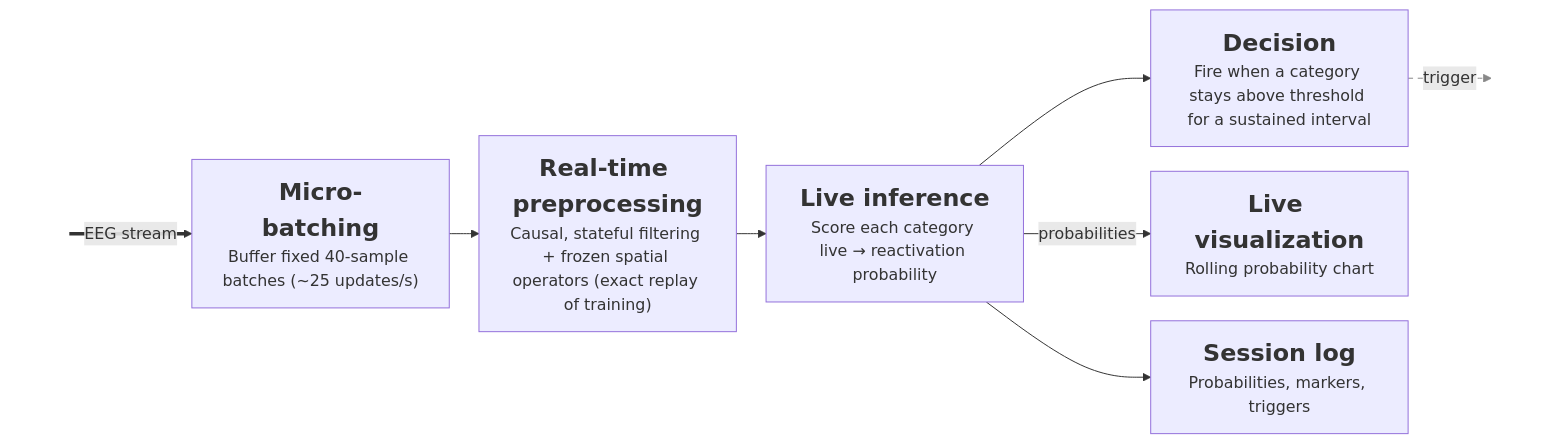
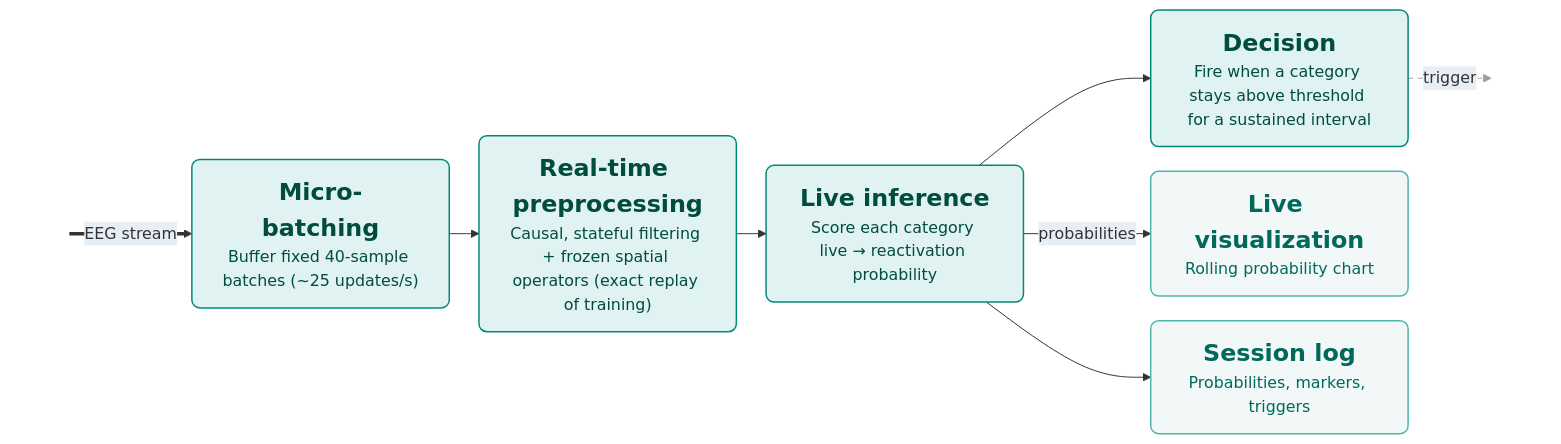
One commit to roiguri/live-reactivation-decoder changed the fourth of 5 diagrams in docs/diagrams/Project Diagrams Blueprints.md. Above: the diagram before and after it, drawn with Mermaid. The commit also changed other lines of this file and 5 other files, not shown here.

First line of the commit message:
docs(diagrams): recolor figures with semantic palette + rounded corners

````diff
--- a/docs/diagrams/Project Diagrams Blueprints.md
+++ b/docs/diagrams/Project Diagrams Blueprints.md
@@ -218,30 +239,36 @@
 ```mermaid
 ---
 config:
+  themeVariables:
+    edgeLabelBackground: '#E8EEF6'
   flowchart:
     nodeSpacing: 25
     rankSpacing: 30
 ---
 flowchart LR
     In[" "]
     Batch["<span style='font-size:24px'><b>Micro-batching</b></span><br><span style='font-size:16px'>Buffer fixed 40-sample batches (~25 updates/s)</span>"]
     Prep["<span style='font-size:24px'><b>Real-time preprocessing</b></span><br><span style='font-size:16px'>Causal, stateful filtering + frozen spatial operators (exact replay of training)</span>"]
     Infer["<span style='font-size:24px'><b>Live inference</b></span><br><span style='font-size:16px'>Score each category live → reactivation probability</span>"]
     Decide["<span style='font-size:24px'><b>Decision</b></span><br><span style='font-size:16px'>Fire when a category stays above threshold for a sustained interval</span>"]
     Viz["<span style='font-size:24px'><b>Live visualization</b></span><br><span style='font-size:16px'>Rolling probability chart</span>"]
     Log["<span style='font-size:24px'><b>Session log</b></span><br><span style='font-size:16px'>Probabilities, markers, triggers</span>"]
     Out[" "]
 
     In ==>|"EEG stream"| Batch
     Batch --> Prep --> Infer --> Decide
     Decide -.->|trigger| Out
     Infer -->|probabilities| Viz
     Infer --> Log
 
     %% In/Out are invisible: the EEG stream and trigger are shown only as tagged arrows
     %% (their source/target components live in Figures 1, 2 and 5).
+    classDef online fill:#E0F2F1,stroke:#00897B,stroke-width:1.5px,color:#004D40,rx:8,ry:8;
+    classDef output fill:#F1F8F7,stroke:#4DB6AC,stroke-width:1.5px,color:#00695C,rx:8,ry:8;
+    class Batch,Prep,Infer,Decide online;
+    class Viz,Log output;
     classDef ghost fill:transparent,stroke:transparent,color:transparent
     class In ghost
     class Out ghost
-    linkStyle 4 stroke:#888,stroke-dasharray: 5 5;
+    linkStyle 4 stroke:#9E9E9E,stroke-dasharray: 5 5;
 ```
````
